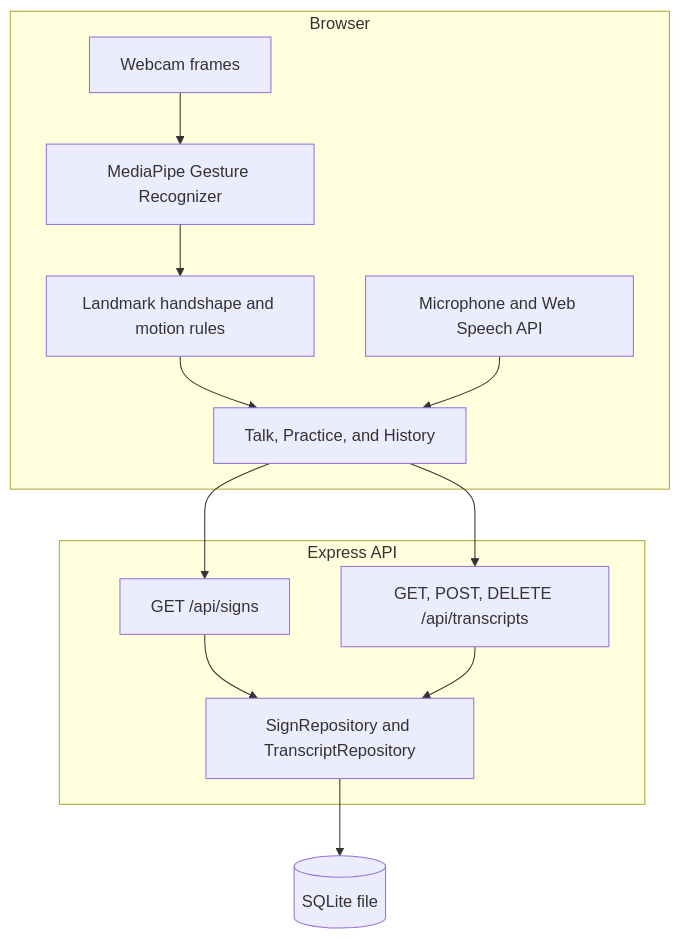
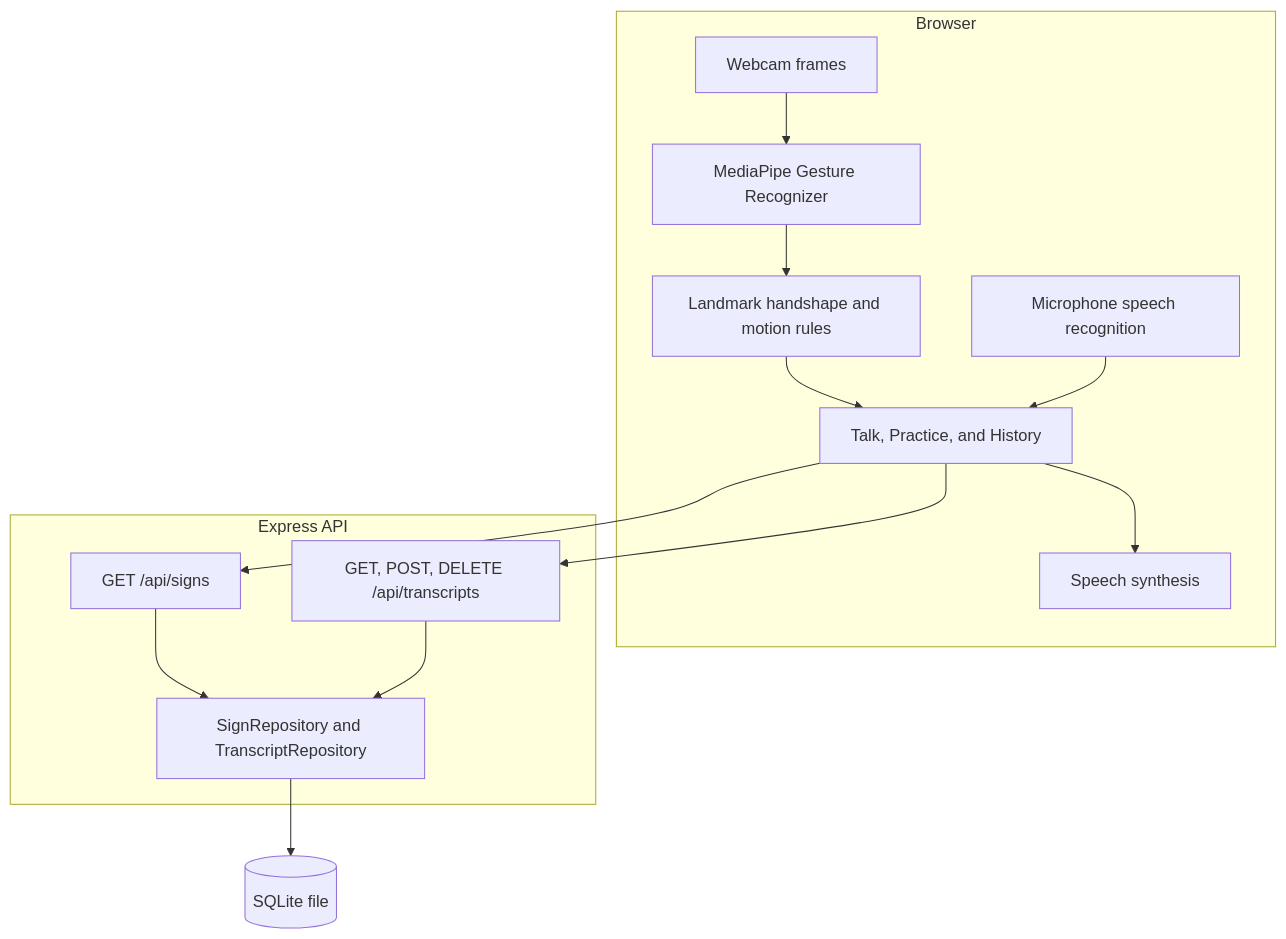
Before and after one commit to jhayushi/SignConnect: the diagram in docs/ARCHITECTURE.md, drawn with Mermaid. The commit also changed other lines of this file and 9 other files, not shown here.

````diff
--- a/docs/ARCHITECTURE.md
+++ b/docs/ARCHITECTURE.md
@@ -5,28 +5,30 @@
 ```mermaid
 flowchart TB
   subgraph browser [Browser]
     Cam[Webcam frames]
     MP[MediaPipe Gesture Recognizer]
     Rules[Landmark handshape and motion rules]
-    Mic[Microphone and Web Speech API]
+    Mic[Microphone speech recognition]
+    Speak[Speech synthesis]
     UI[Talk, Practice, and History]
   end
 
   subgraph api [Express API]
     SignsRoute["GET /api/signs"]
     TranscriptRoutes["GET, POST, DELETE /api/transcripts"]
     Repos[SignRepository and TranscriptRepository]
   end
 
   DB[(SQLite file)]
 
   Cam --> MP
   MP --> Rules
   Rules --> UI
   Mic --> UI
+  UI --> Speak
   UI --> SignsRoute
   UI --> TranscriptRoutes
   SignsRoute --> Repos
   TranscriptRoutes --> Repos
   Repos --> DB
 ```
````
